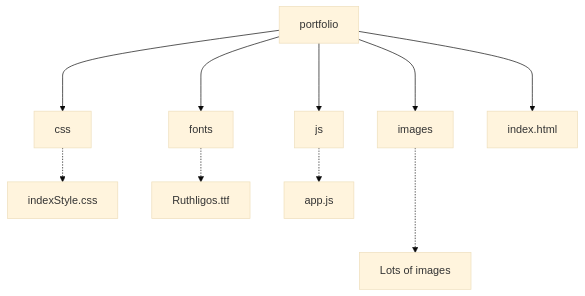
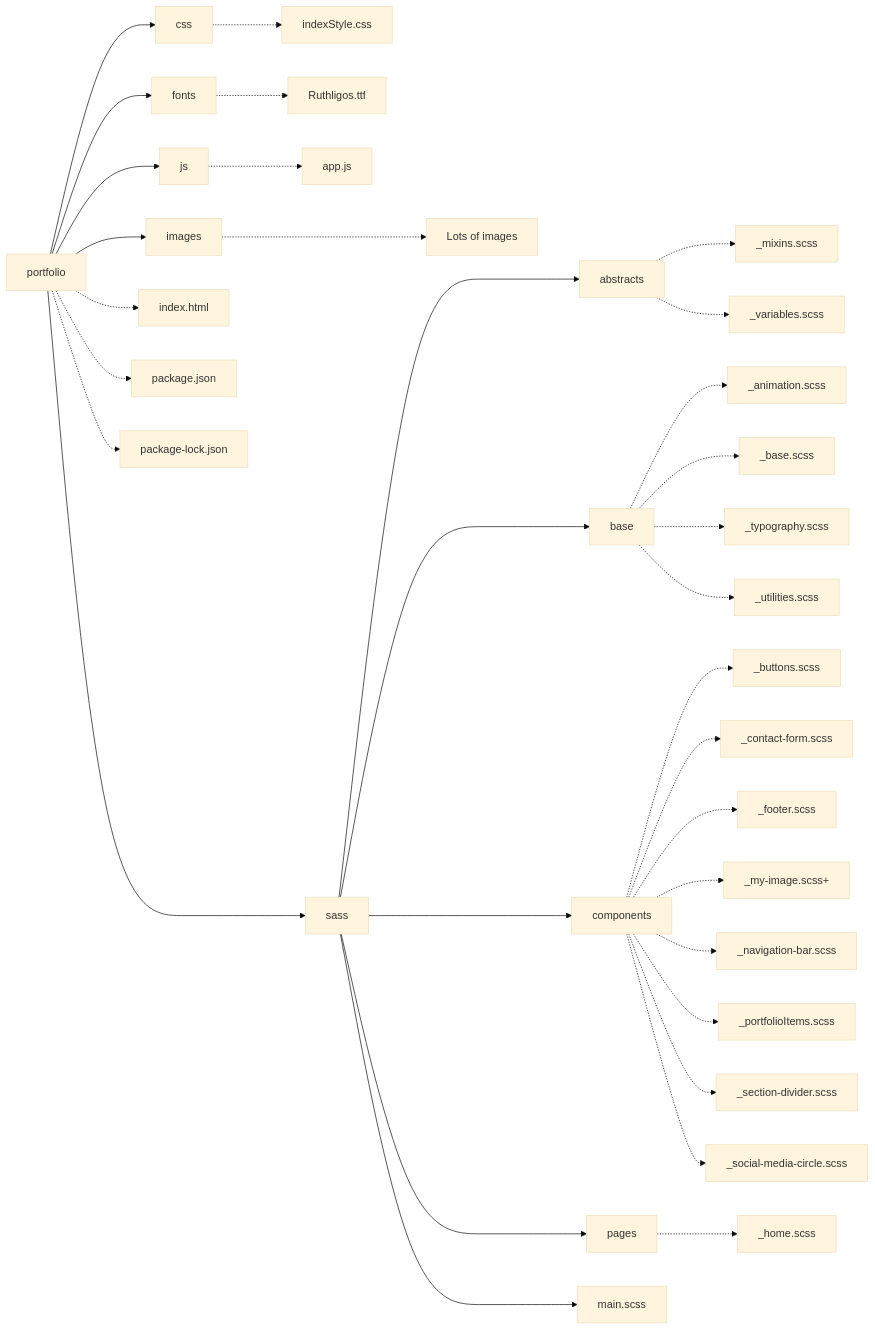
The diagram in README.md (KartikVerma0/portfolio), drawn with Mermaid (base theme) before and after one commit.

````diff
--- a/README.md
+++ b/README.md
@@ -6,8 +6,17 @@
 ```mermaid
-flowchart TB
-portfolio ---> css-.->indexStyle.css
-portfolio ---> fonts-.->Ruthligos.ttf
-portfolio ---> images-..->image[Lots of images]
-portfolio ---> js-.->app.js
-portfolio ---> indexFile["index.html"]
+flowchart LR
+portfolio --> css-.->indexStyle.css
+portfolio --> fonts-.->Ruthligos.ttf
+portfolio --> images-..->image[Lots of images]
+portfolio --> js-.->app.js
+portfolio -.-> indexFile["index.html"]
+portfolio -.-> package["package.json"]
+portfolio -.-> packageLock["package-lock.json"]
+portfolio --->sass
+sass ---> abstracts & base & components & pages & mainscss["main.scss"]
+
+abstracts-.->mixins["_mixins.scss"] & variables["_variables.scss"]
+base-.-> animation["_animation.scss"] & Base["_base.scss"] & typography["_typography.scss"] & uitlities["_utilities.scss"]
+components-.->buttons["_buttons.scss"] & contactForm["_contact-form.scss"] & footer["_footer.scss"] & myImage[_my-image.scss+] & navigationBar["_navigation-bar.scss"] & portfolioItems["_portfolioItems.scss"] & sectionDivider["_section-divider.scss"] & socialMediaCircle["_social-media-circle.scss"]
+pages-.->home["_home.scss"]
 ```
````
